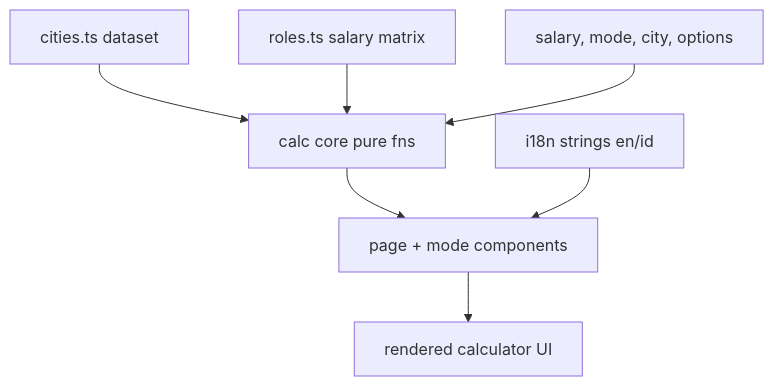
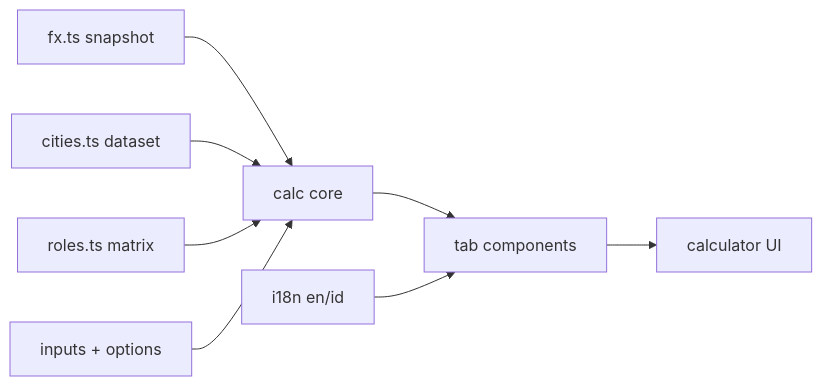
One commit to wahidyankf/baseerah changed the first of 5 diagrams in plans/in-progress/ayokoding-www-salary-savings-calculator/tech-docs.md. Above: the diagram before and after it, drawn with Mermaid. The commit also changed other lines of this file and 20 other files, not shown here.

````diff
--- a/plans/in-progress/ayokoding-www-salary-savings-calculator/tech-docs.md
+++ b/plans/in-progress/ayokoding-www-salary-savings-calculator/tech-docs.md
@@ -16,9 +26,10 @@
 ```mermaid
-flowchart TD
-    A[cities.ts dataset] --> B[calc core pure fns]
-    G[roles.ts salary matrix] --> B
-    C[salary, mode, city, options] --> B
-    B --> D[page + mode components]
-    E[i18n strings en/id] --> D
-    D --> F[rendered calculator UI]
+flowchart LR
+    H[fx.ts snapshot] --> B[calc core]
+    A[cities.ts dataset] --> B
+    G[roles.ts matrix] --> B
+    C[inputs + options] --> B
+    B --> D[tab components]
+    E[i18n en/id] --> D
+    D --> F[calculator UI]
 ```
````
